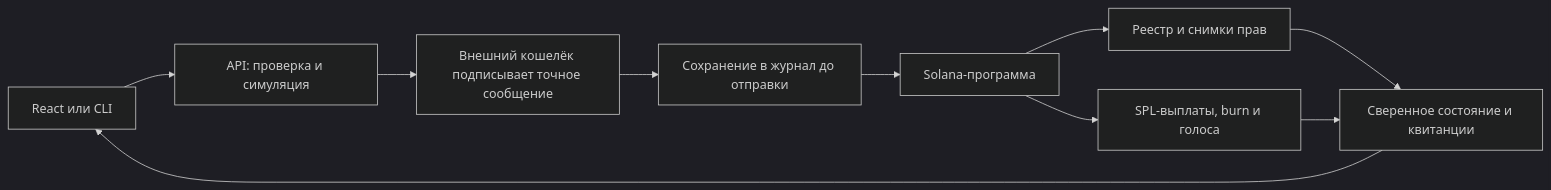
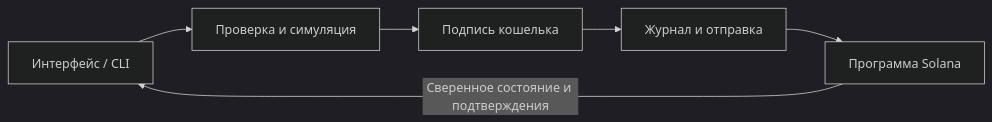
Before and after one commit to dimik98330/solana-worldsfair-2026: the diagram in README.ru.md, drawn with Mermaid (dark theme). The commit also changed other lines of this file and 3 other files, not shown here.

````diff
--- a/README.ru.md
+++ b/README.ru.md
@@ -58,12 +60,8 @@
 ```mermaid
 flowchart LR
-  A[React или CLI] --> B[API: проверка и симуляция]
-  B --> C[Внешний кошелёк подписывает точное сообщение]
-  C --> D[Сохранение в журнал до отправки]
-  D --> E[Solana-программа]
-  E --> F[Реестр и снимки прав]
-  E --> G[SPL-выплаты, burn и голоса]
-  F --> H[Сверенное состояние и квитанции]
-  G --> H
-  H --> A
+  UI[Интерфейс / CLI] --> API[Проверка и симуляция]
+  API --> W[Подпись кошелька]
+  W --> J[Журнал и отправка]
+  J --> S[Программа Solana]
+  S -->|Сверенное состояние и подтверждения| UI
 ```
````
